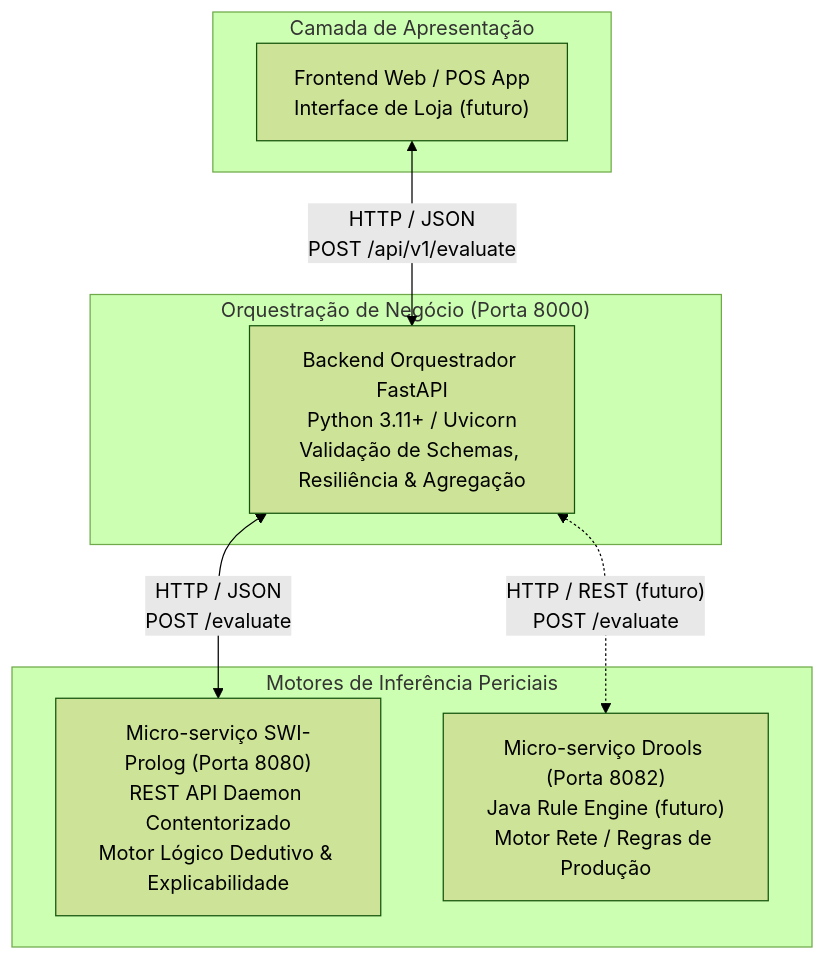
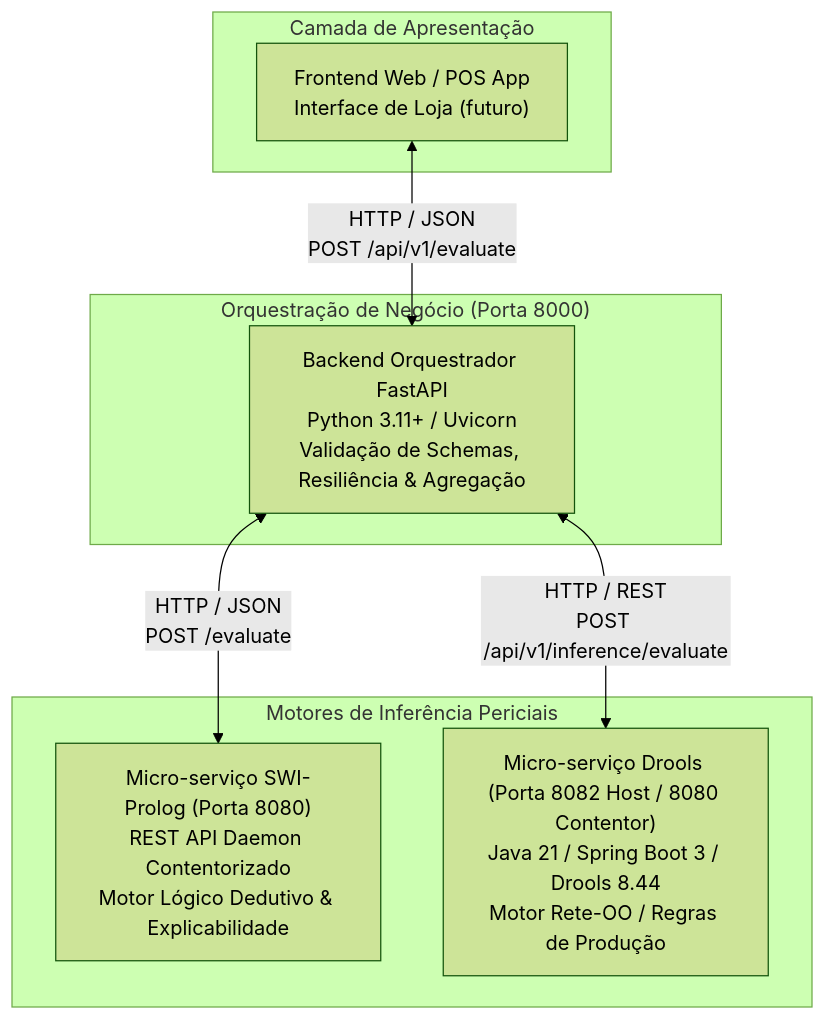
Before and after one commit to Santiago-1211173/meia-equipa3-challenge1-26_27: the diagram in README.md, drawn with Mermaid (forest theme). The commit also changed other lines of this file and 23 other files, not shown here.

Commit message:
docs: add comprehensive documentation for architecture, API, deployment, and development guides

````diff
--- a/README.md
+++ b/README.md
@@ -37,19 +40,19 @@
 ```mermaid
 flowchart TD
     subgraph UI ["Camada de Apresentação"]
         Frontend["Frontend Web / POS App\nInterface de Loja (futuro)"]
     end
 
     subgraph Orchestration ["Orquestração de Negócio (Porta 8000)"]
         FastAPI["Backend Orquestrador FastAPI\nPython 3.11+ / Uvicorn\nValidação de Schemas, Resiliência & Agregação"]
     end
 
     subgraph InferenceEngines ["Motores de Inferência Periciais"]
         Prolog["Micro-serviço SWI-Prolog (Porta 8080)\nREST API Daemon Contentorizado\nMotor Lógico Dedutivo & Explicabilidade"]
-        Drools["Micro-serviço Drools (Porta 8082)\nJava Rule Engine (futuro)\nMotor Rete / Regras de Produção"]
+        Drools["Micro-serviço Drools (Porta 8082 Host / 8080 Contentor)\nJava 21 / Spring Boot 3 / Drools 8.44\nMotor Rete-OO / Regras de Produção"]
     end
 
     Frontend <-->|"HTTP / JSON\nPOST /api/v1/evaluate"| FastAPI
     FastAPI <-->|"HTTP / JSON\nPOST /evaluate"| Prolog
-    FastAPI <-.->|"HTTP / REST (futuro)\nPOST /evaluate"| Drools
+    FastAPI <-->|"HTTP / REST\nPOST /api/v1/inference/evaluate"| Drools
 ```
````
